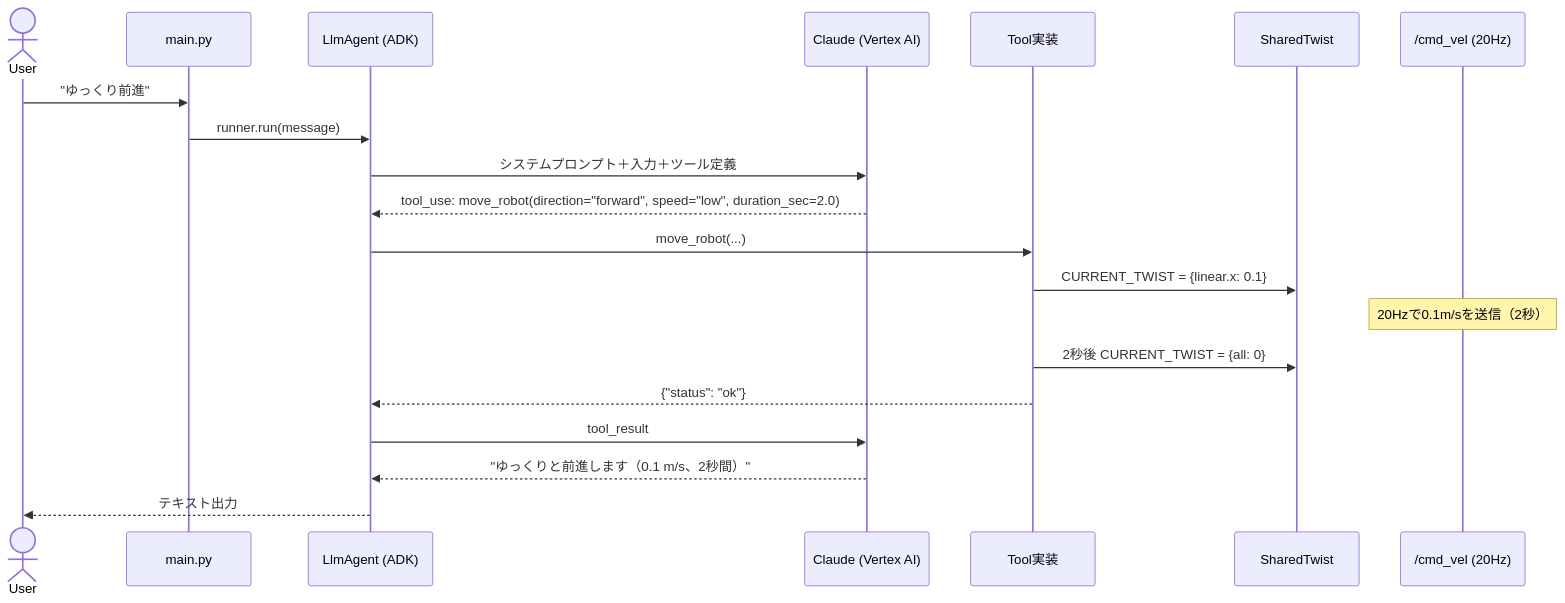
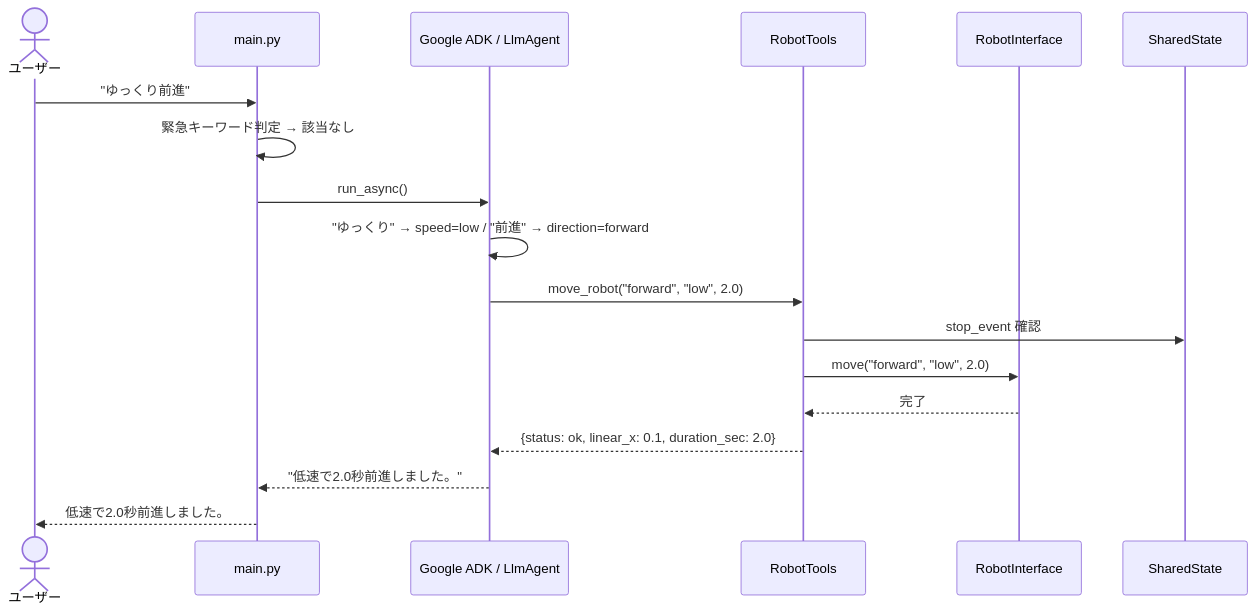
The fourth of 10 diagrams in docs/Design.md (sato-susumu/susumu_agent), drawn with Mermaid before and after one commit. The commit also changed other lines of this file and 18 other files, not shown here.

````diff
--- a/docs/Design.md
+++ b/docs/Design.md
@@ -425,23 +332,21 @@
 ```mermaid
 sequenceDiagram
-    actor User
+    actor User as ユーザー
     participant Main as main.py
-    participant Agent as LlmAgent (ADK)
-    participant Claude as Claude (Vertex AI)
-    participant Tool as Tool実装
-    participant Shared as SharedTwist
-    participant ROS as /cmd_vel (20Hz)
+    participant ADK as Google ADK / LlmAgent
+    participant Tool as RobotTools
+    participant Robot as RobotInterface
+    participant State as SharedState
 
     User->>Main: "ゆっくり前進"
-    Main->>Agent: runner.run(message)
-    Agent->>Claude: システムプロンプト＋入力＋ツール定義
-    Claude-->>Agent: tool_use: move_robot(direction="forward", speed="low", duration_sec=2.0)
-    Agent->>Tool: move_robot(...)
-    Tool->>Shared: CURRENT_TWIST = {linear.x: 0.1}
-    Note over ROS: 20Hzで0.1m/sを送信（2秒）
-    Tool->>Shared: 2秒後 CURRENT_TWIST = {all: 0}
-    Tool-->>Agent: {"status": "ok"}
-    Agent->>Claude: tool_result
-    Claude-->>Agent: "ゆっくりと前進します（0.1 m/s、2秒間）"
-    Agent-->>User: テキスト出力
+    Main->>Main: 緊急キーワード判定 → 該当なし
+    Main->>ADK: run_async()
+    ADK->>ADK: "ゆっくり" → speed=low / "前進" → direction=forward
+    ADK->>Tool: move_robot("forward", "low", 2.0)
+    Tool->>State: stop_event 確認
+    Tool->>Robot: move("forward", "low", 2.0)
+    Robot-->>Tool: 完了
+    Tool-->>ADK: {status: ok, linear_x: 0.1, duration_sec: 2.0}
+    ADK-->>Main: "低速で2.0秒前進しました。"
+    Main-->>User: 低速で2.0秒前進しました。
 ```
````
